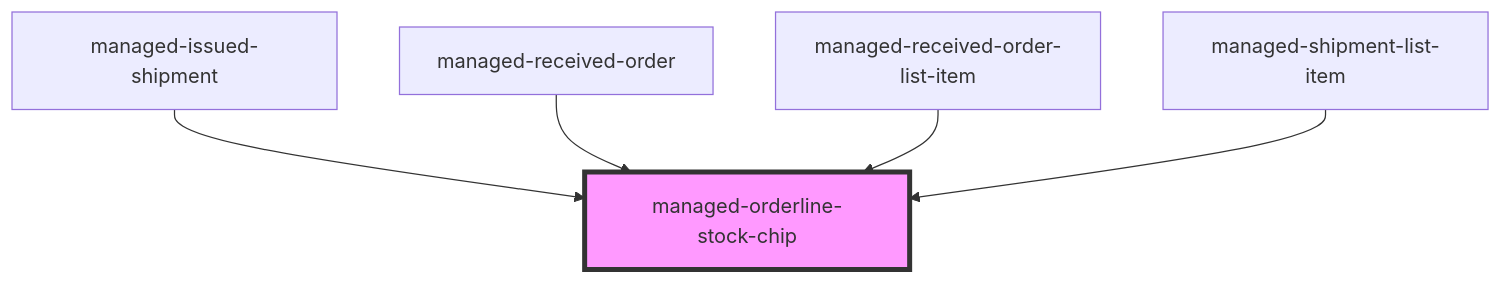
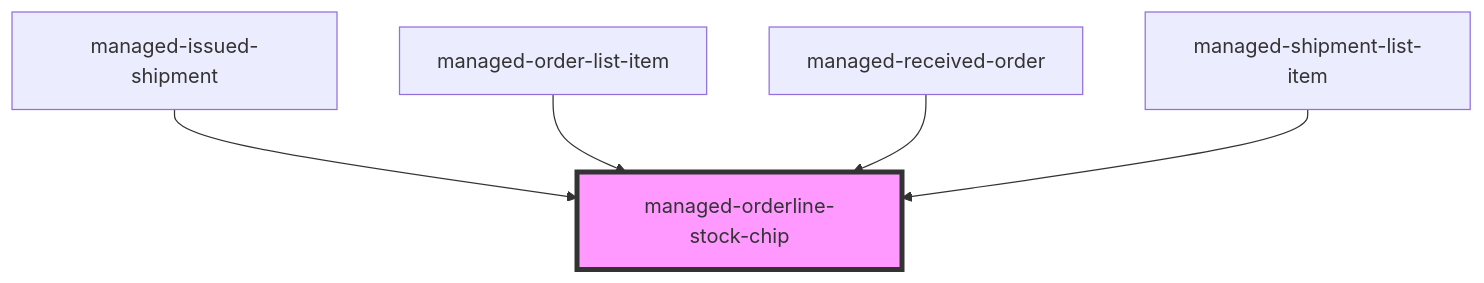
The diagram in pdm-web-components/src/components/managed-orderline-stock-chip/readme.md (PharmaLedger-IMI/fgt-workspace), drawn with Mermaid before and after one commit. The commit also changed other lines of this file and 50 other files, not shown here.

````diff
--- a/pdm-web-components/src/components/managed-orderline-stock-chip/readme.md
+++ b/pdm-web-components/src/components/managed-orderline-stock-chip/readme.md
@@ -38,8 +38,8 @@
 ```mermaid
 graph TD;
   managed-issued-shipment --> managed-orderline-stock-chip
+  managed-order-list-item --> managed-orderline-stock-chip
   managed-received-order --> managed-orderline-stock-chip
-  managed-received-order-list-item --> managed-orderline-stock-chip
   managed-shipment-list-item --> managed-orderline-stock-chip
   style managed-orderline-stock-chip fill:#f9f,stroke:#333,stroke-width:4px
 ```
````
